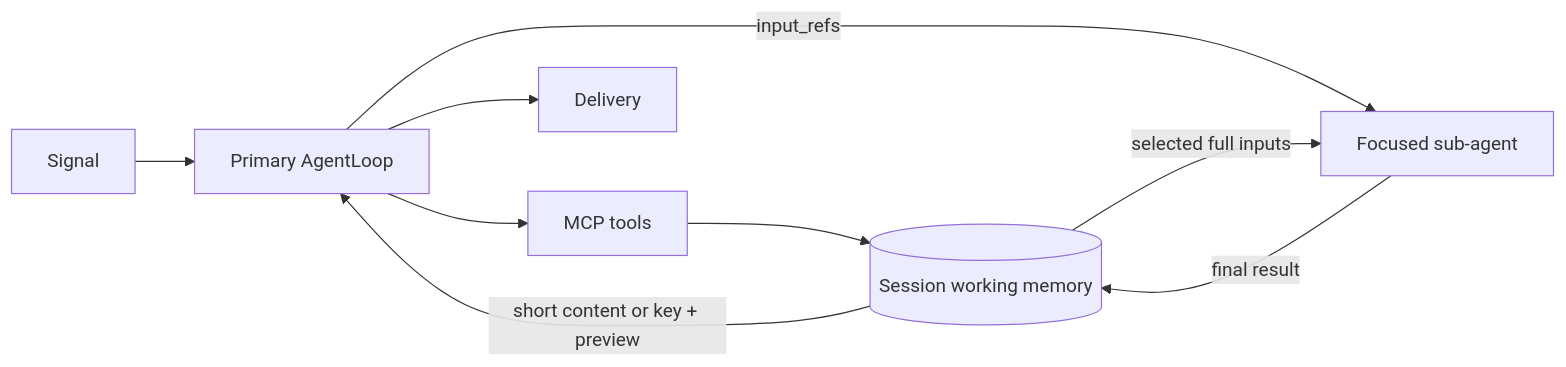
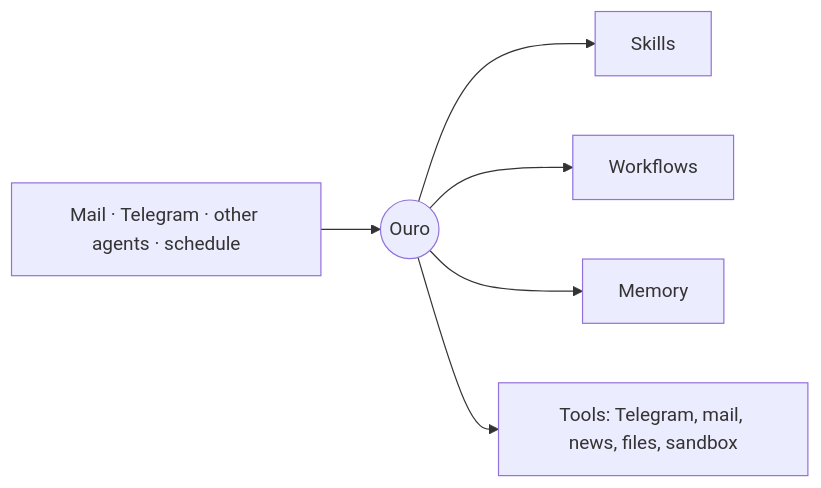
One commit to Ch4mpl00/ouro-agent changed the diagram in README.md. Above: the diagram before and after it, drawn with Mermaid. The commit also changed other lines of this file and 3 other files, not shown here.

````diff
--- a/README.md
+++ b/README.md
@@ -56,11 +75,8 @@
 ```mermaid
 flowchart LR
-    S[Signal] --> A[Primary AgentLoop]
-    A --> T[MCP tools]
-    T --> M[(Session working memory)]
-    M -->|short content or key + preview| A
-    A -->|input_refs| W[Focused sub-agent]
-    M -->|selected full inputs| W
-    W -->|final result| M
-    A --> D[Delivery]
+    E[Mail · Telegram · other agents · schedule] --> O((Ouro))
+    O --> S[Skills]
+    O --> W[Workflows]
+    O --> M[Memory]
+    O --> T[Tools: Telegram, mail, news, files, sandbox]
 ```
````
